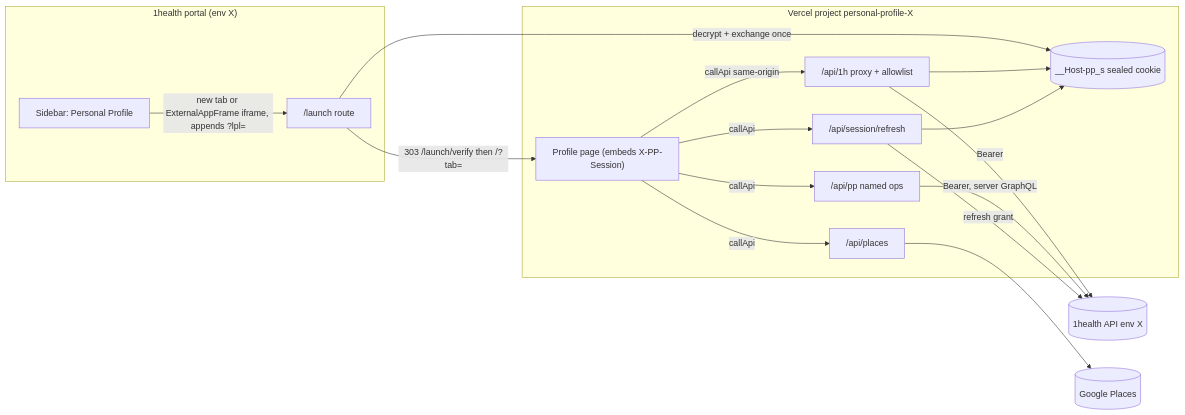
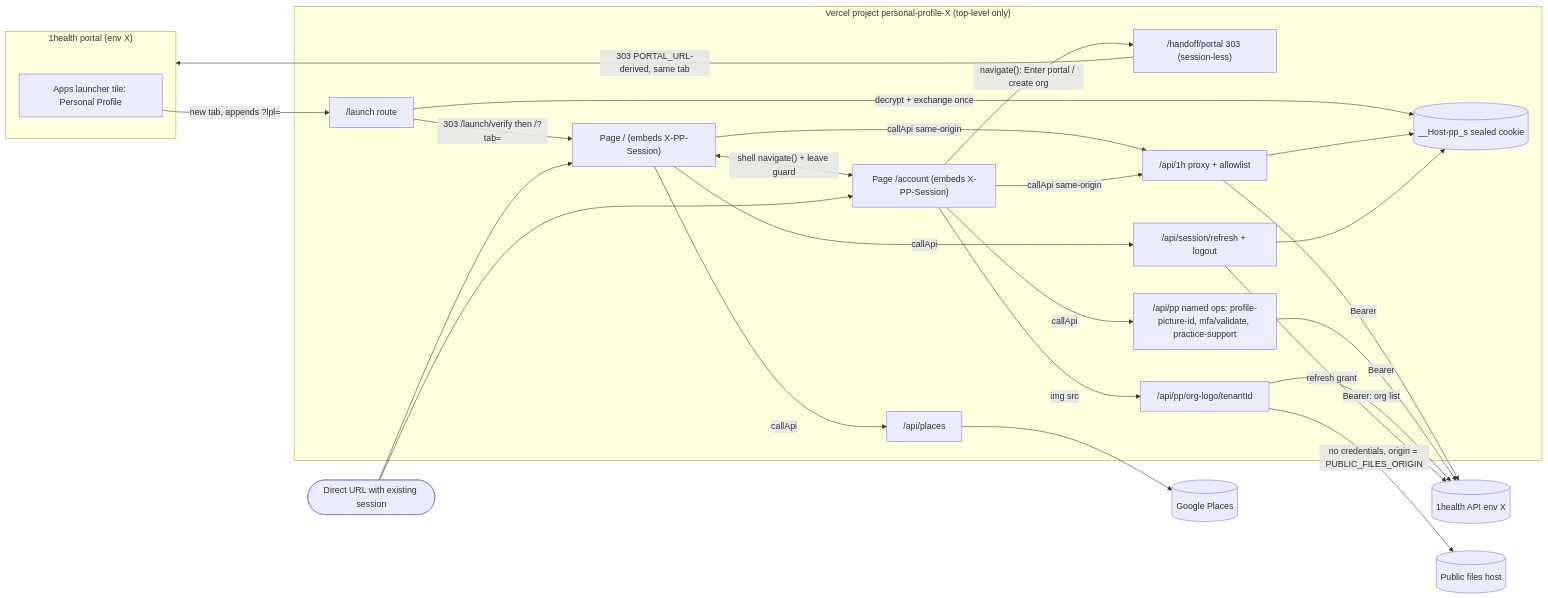
Before and after one commit to Tachin-ai-Corporation/personal-profile: the second of 3 diagrams in _bmad-output/planning-artifacts/architecture/architecture-personal-profile-2026-10-13/ARCHITECTURE-SPINE.md, drawn with Mermaid. The commit also changed other lines of this file and 30 other files, not shown here.

````diff
--- a/_bmad-output/planning-artifacts/architecture/architecture-personal-profile-2026-10-13/ARCHITECTURE-SPINE.md
+++ b/_bmad-output/planning-artifacts/architecture/architecture-personal-profile-2026-10-13/ARCHITECTURE-SPINE.md
@@ -328,20 +411,31 @@
 ```mermaid
 flowchart LR
   subgraph Portal["1health portal (env X)"]
-    SB["Sidebar: Personal Profile"] -->|"new tab or ExternalAppFrame iframe, appends ?lpl="| L
+    SB["Apps launcher tile: Personal Profile"]
   end
-  subgraph App["Vercel project personal-profile-X"]
+  U(["Direct URL with existing session"])
+  SB -->|"new tab, appends ?lpl="| L
+  subgraph App["Vercel project personal-profile-X (top-level only)"]
     L["/launch route"] -->|"decrypt + exchange once"| C[("__Host-pp_s sealed cookie")]
-    L -->|"303 /launch/verify then /?tab="| P["Profile page (embeds X-PP-Session)"]
+    L -->|"303 /launch/verify then /?tab="| P["Page / (embeds X-PP-Session)"]
+    P <-->|"shell navigate() + leave guard"| A["Page /account (embeds X-PP-Session)"]
+    A -->|"navigate(): Enter portal / create org"| HO["/handoff/portal 303 (session-less)"]
     P -->|"callApi same-origin"| PX["/api/1h proxy + allowlist"]
-    P -->|"callApi"| R["/api/session/refresh"]
+    A -->|"callApi same-origin"| PX
+    P -->|"callApi"| R["/api/session/refresh + logout"]
     P -->|"callApi"| PL["/api/places"]
-    P -->|"callApi"| OP["/api/pp named ops"]
+    A -->|"callApi"| OP["/api/pp named ops: profile-picture-id, mfa/validate, practice-support"]
+    A -->|"img src"| OL["/api/pp/org-logo/tenantId"]
     PX --> C
     R --> C
   end
+  U --> P
+  U --> A
   PX -->|Bearer| API[("1health API env X")]
-  OP -->|"Bearer, server GraphQL"| API
+  OP -->|"Bearer"| API
+  OL -->|"Bearer: org list"| API
+  OL -->|"no credentials, origin = PUBLIC_FILES_ORIGIN"| PF[("Public files host")]
   R -->|"refresh grant"| API
   PL --> G[("Google Places")]
+  HO -->|"303 PORTAL_URL-derived, same tab"| Portal
 ```
````
